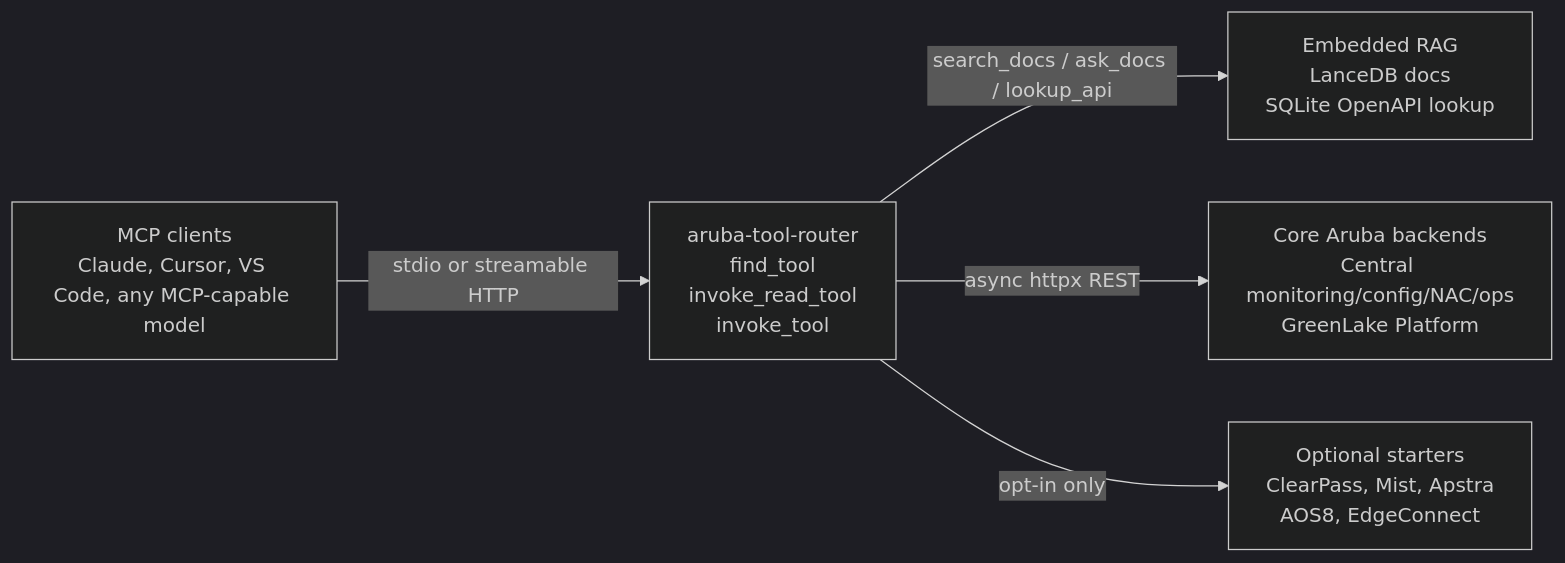
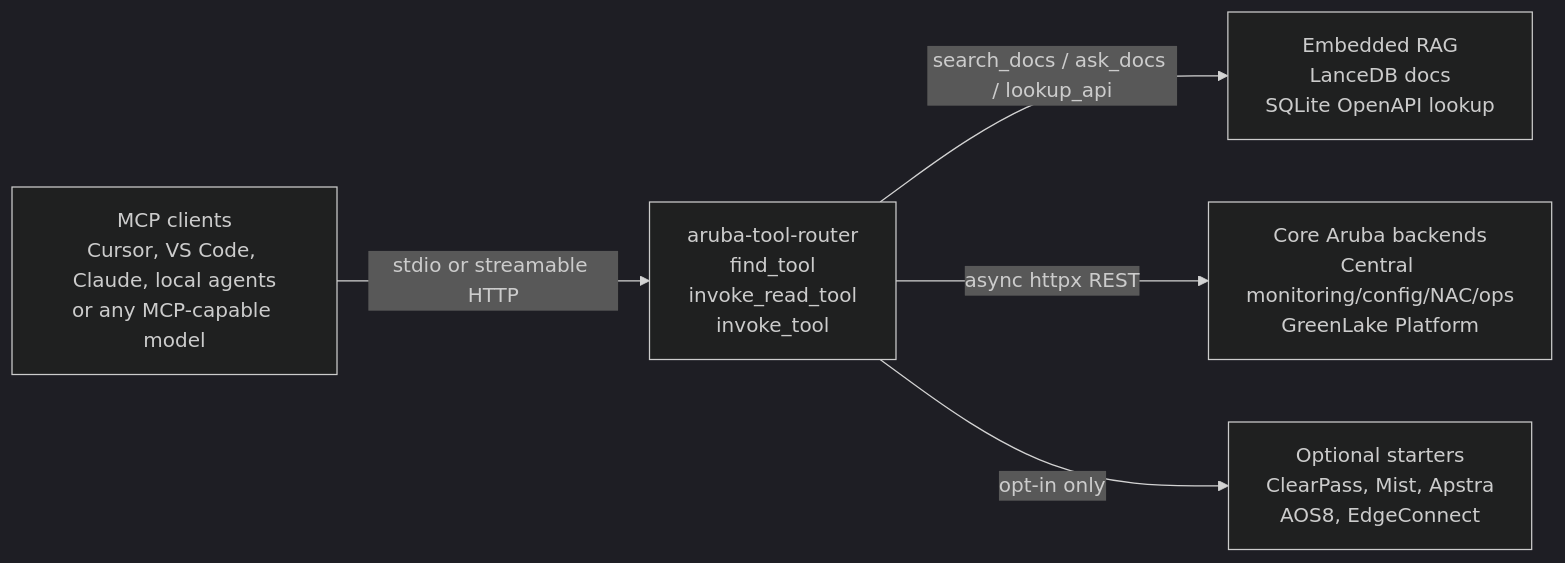
The diagram in README.md (secure-ssid/centralmcp), drawn with Mermaid (dark theme) before and after one commit. The commit also changed other lines of this file and 10 other files, not shown here.

````diff
--- a/README.md
+++ b/README.md
@@ -13,13 +13,13 @@
 ```mermaid
 flowchart LR
-    client["MCP clients<br/>Claude, Cursor, VS Code, any MCP-capable model"]
+    client["MCP clients<br/>Cursor, VS Code, Claude, local agents<br/>or any MCP-capable model"]
     router["aruba-tool-router<br/>find_tool<br/>invoke_read_tool<br/>invoke_tool"]
     rag["Embedded RAG<br/>LanceDB docs<br/>SQLite OpenAPI lookup"]
     core["Core Aruba backends<br/>Central monitoring/config/NAC/ops<br/>GreenLake Platform"]
     optional["Optional starters<br/>ClearPass, Mist, Apstra<br/>AOS8, EdgeConnect"]
 
     client -->|"stdio or streamable HTTP"| router
     router -->|"search_docs / ask_docs / lookup_api"| rag
     router -->|"async httpx REST"| core
     router -->|"opt-in only"| optional
 ```
````
